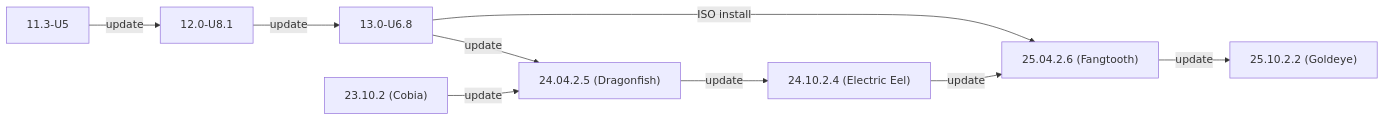
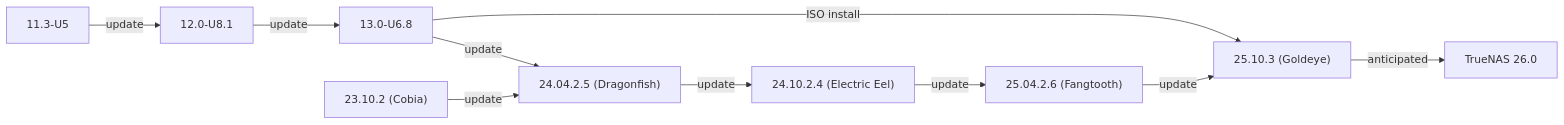
The second of 2 diagrams in static/includes/SCALEUpgradePaths.md (truenas/documentation), drawn with Mermaid before and after one commit. The commit also changed other lines of this file and 8 other files, not shown here.

```diff
--- a/static/includes/SCALEUpgradePaths.md
+++ b/static/includes/SCALEUpgradePaths.md
@@ -239,12 +53,13 @@
             {{< mermaid class="mermaid_sizing" >}}
             flowchart LR
               A["11.3-U5"] -->|update| B
               B["12.0-U8.1"] -->|update| C
-              C["13.0-U6.8"] -->|ISO install| G
+              C["13.0-U6.8"] -->|ISO install| H
               C -->|update| E
               D["23.10.2 (Cobia)"] -->|update| E
               E["24.04.2.5 (Dragonfish)"]  -->|update| F
               F["24.10.2.4 (Electric Eel)"] -->|update| G
               G["25.04.2.6 (Fangtooth)"] -->|update| H
-              H["25.10.2.2 (Goldeye)"]
+              H["25.10.3 (Goldeye)"] -->|"anticipated"| I
+              I["TrueNAS 26.0"]
             {{< /mermaid >}}
```
